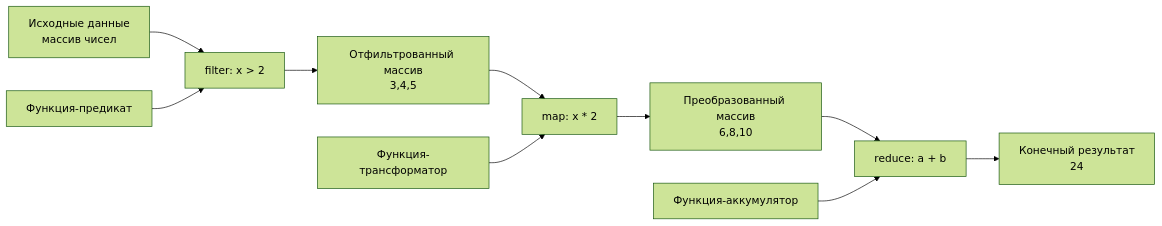
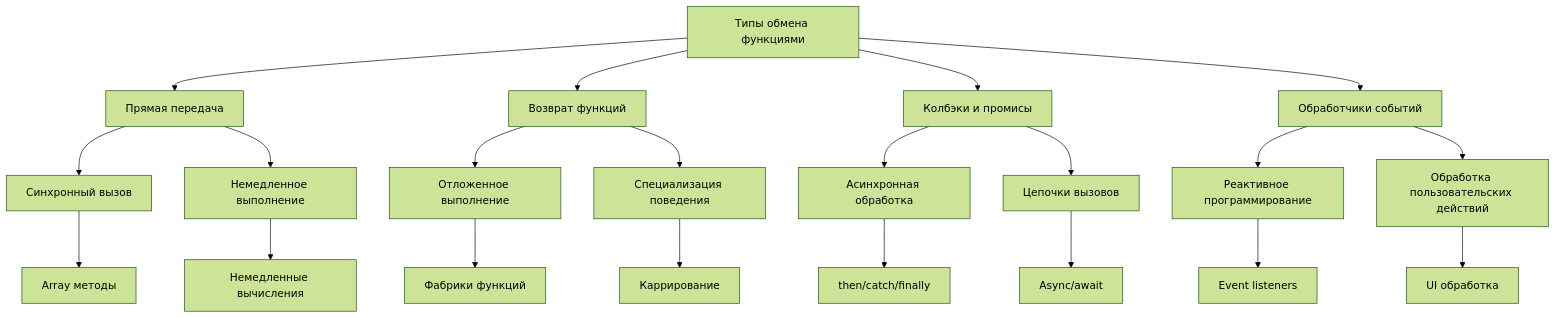
The sixth of 10 diagrams in module_001/high_order_functions_diagrams.md (softboxdev/javascript_frameworks), drawn with Mermaid (forest theme) before and after one commit. The commit also changed other lines of this file, not shown here.

````diff
--- a/module_001/high_order_functions_diagrams.md
+++ b/module_001/high_order_functions_diagrams.md
@@ -106,13 +148,28 @@
 ```mermaid
-flowchart LR
-    A[Исходные данные<br/>массив чисел] --> B[filter: x > 2]
-    B --> C[Отфильтрованный массив<br/>3,4,5]
-    C --> D[map: x * 2]
-    D --> E[Преобразованный массив<br/>6,8,10]
-    E --> F[reduce: a + b]
-    F --> G[Конечный результат<br/>24]
+graph TD
+    A[Типы обмена функциями] --> B[Прямая передача]
+    A --> C[Возврат функций]
+    A --> D[Колбэки и промисы]
+    A --> E[Обработчики событий]
     
-    H[Функция-предикат] --> B
-    I[Функция-трансформатор] --> D
-    J[Функция-аккумулятор] --> F
+    B --> F[Синхронный вызов]
+    B --> G[Немедленное выполнение]
+    
+    C --> H[Отложенное выполнение]
+    C --> I[Специализация поведения]
+    
+    D --> J[Асинхронная обработка]
+    D --> K[Цепочки вызовов]
+    
+    E --> L[Реактивное программирование]
+    E --> M[Обработка пользовательских действий]
+    
+    F --> N[Array методы]
+    G --> O[Немедленные вычисления]
+    H --> P[Фабрики функций]
+    I --> Q[Каррирование]
+    J --> R[then/catch/finally]
+    K --> S[Async/await]
+    L --> T[Event listeners]
+    M --> U[UI обработка]
 ```
````
